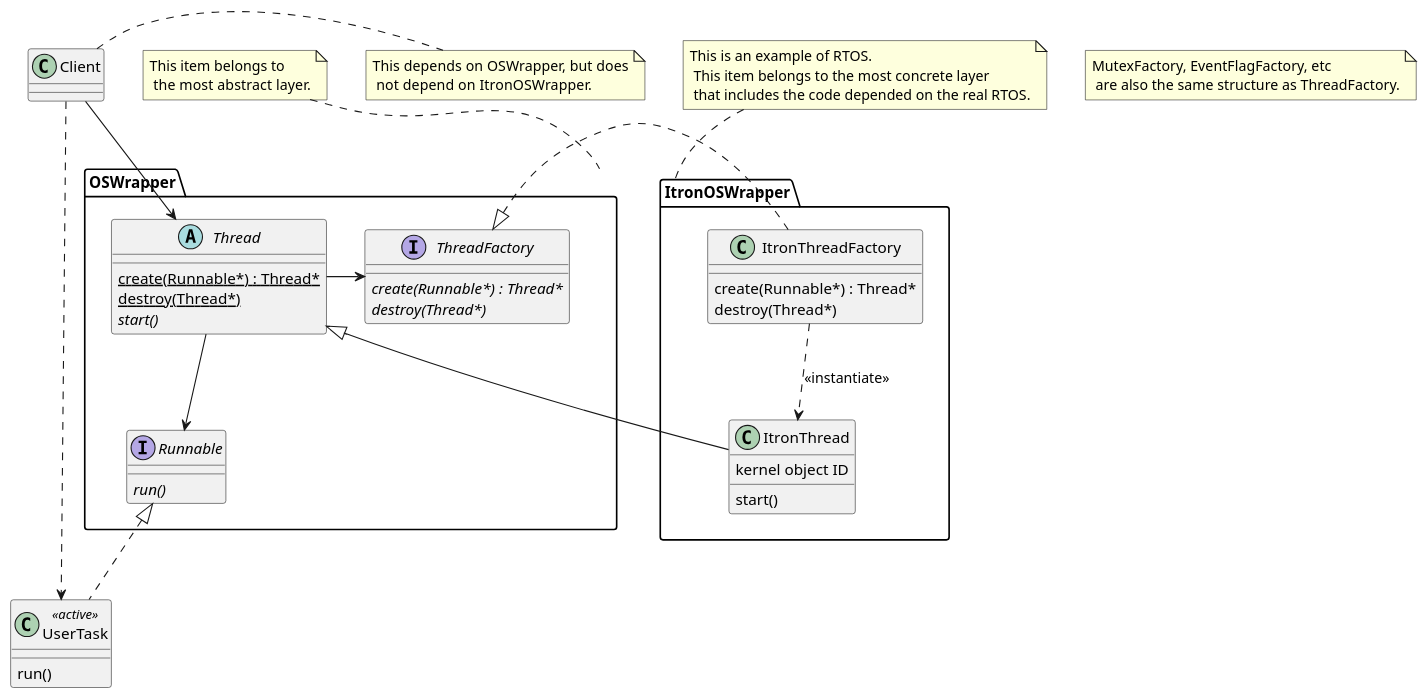
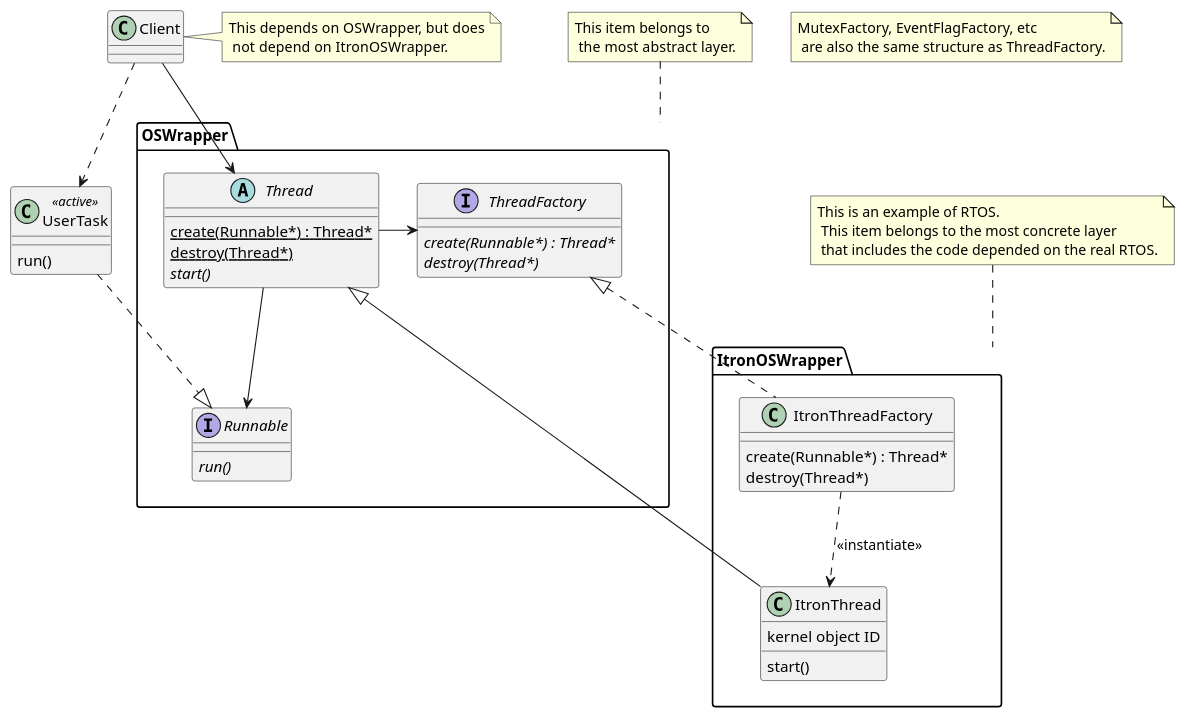
The first of 2 diagrams in inline_umlgraph_pnghtml.pu (katono/cppelib-docs), drawn with PlantUML before and after one commit. The commit also changed 419 other files, not shown here.

```diff
--- a/inline_umlgraph_pnghtml.pu
+++ b/inline_umlgraph_pnghtml.pu
@@ -1,46 +1,46 @@
 @startuml inline_umlgraph_1.png
 package OSWrapper {
   abstract class Thread {
     {static} create(Runnable*) : Thread*
     {static} destroy(Thread*)
     {abstract} start()
   }
   interface ThreadFactory {
     {abstract} create(Runnable*) : Thread*
     {abstract} destroy(Thread*)
   }
   interface Runnable {
     {abstract} run()
   }
 }
 
 package ItronOSWrapper {
   class ItronThread {
     kernel object ID
     start()
   }
   class ItronThreadFactory {
     create(Runnable*) : Thread*
     destroy(Thread*)
   }
 }
 
 class UserTask << active >> {
   run()
 }
 
 Thread <|-- ItronThread
-ThreadFactory <|. ItronThreadFactory
+ThreadFactory <|.. ItronThreadFactory
 Thread -> ThreadFactory
 ItronThreadFactory ..> ItronThread : <<instantiate>>
 Thread --> Runnable
-Runnable <|.. UserTask
+UserTask .|> Runnable
 Client --> Thread
 Client ..> UserTask
 note right of Client : This depends on OSWrapper, but does\n not depend on ItronOSWrapper.
 note "This item belongs to \n the most abstract layer." as N1
 N1 .. OSWrapper
 note "This is an example of RTOS.\n This item belongs to the most concrete layer \n that includes the code depended on the real RTOS." as N2
 N2 .. ItronOSWrapper
 note "MutexFactory, EventFlagFactory, etc \n are also the same structure as ThreadFactory." as N3
 @enduml
```
